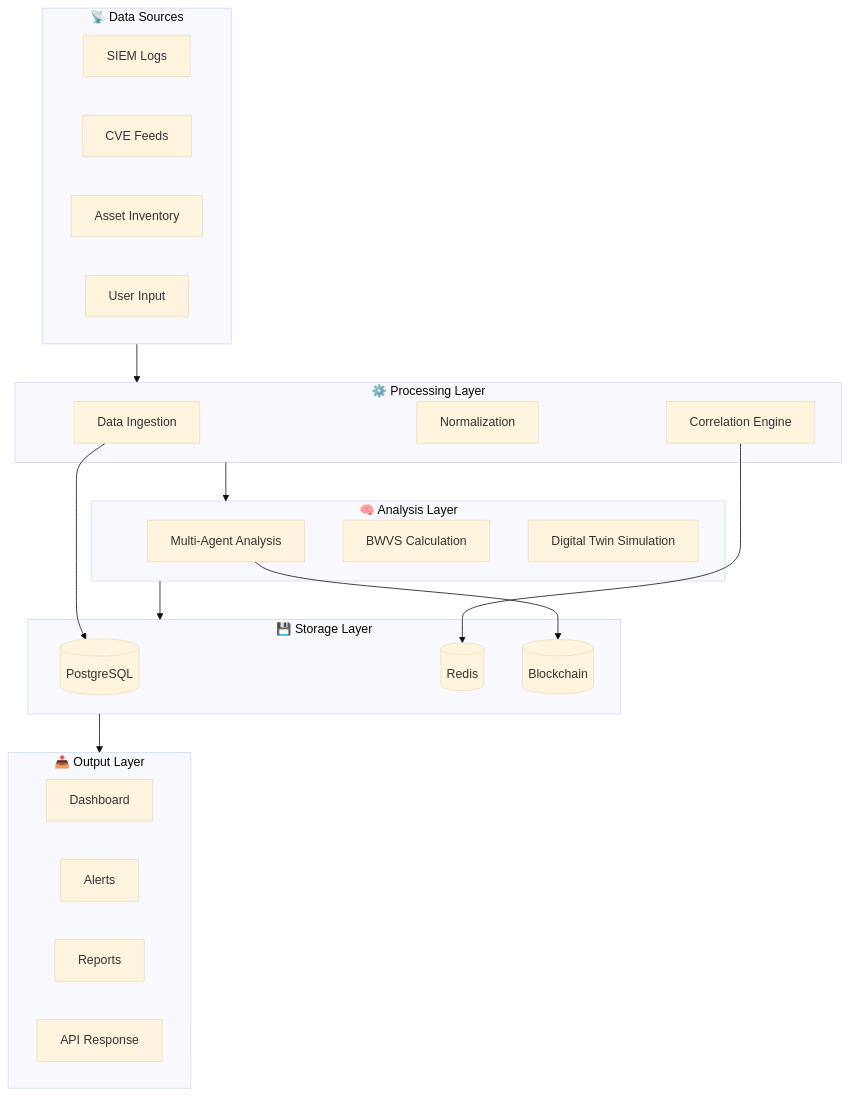
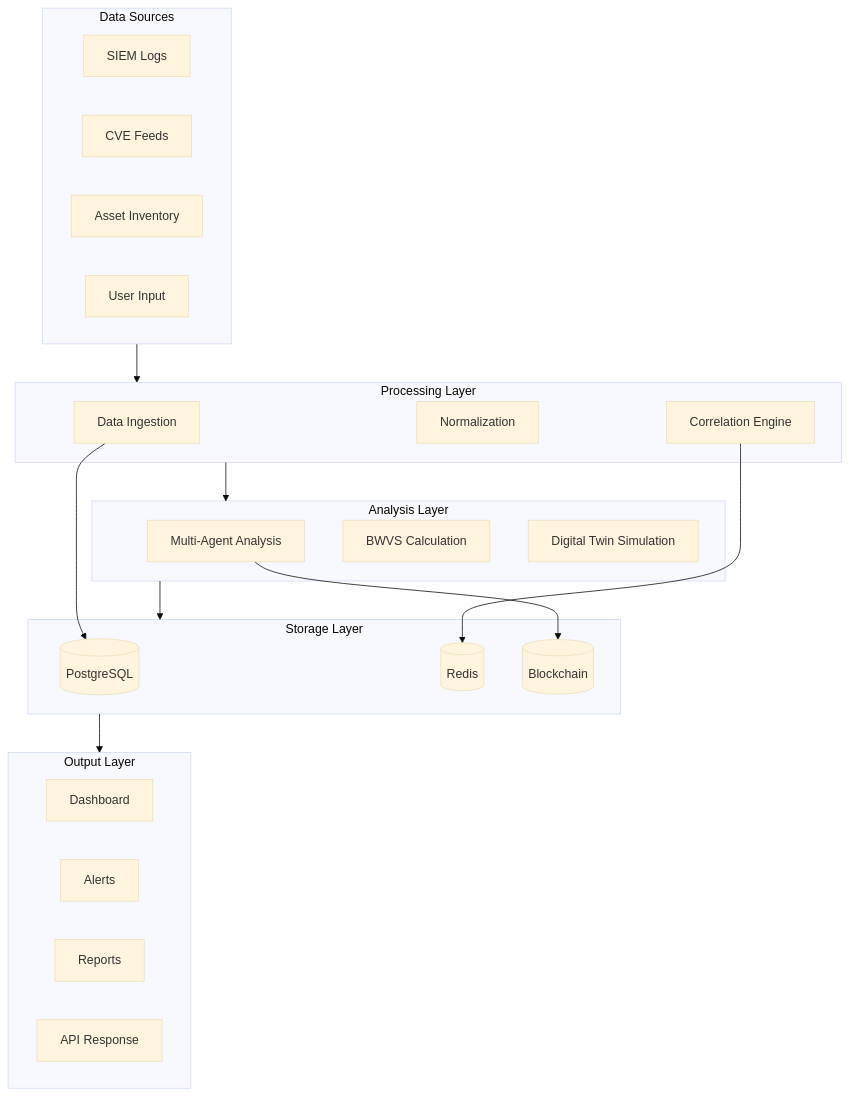
One commit to Gokul-social/Horizon_Beach_Hacks changed diagram 14 of 15 in README.md. Above: the diagram before and after it, drawn with Mermaid (base theme). The commit also changed other lines of this file, not shown here.

````diff
--- a/README.md
+++ b/README.md
@@ -562,42 +549,42 @@
 ```mermaid
 flowchart TB
-    subgraph DataSources["📡 Data Sources"]
+    subgraph DataSources["Data Sources"]
         SIEM[SIEM Logs]
         CVE_FEED[CVE Feeds]
         ASSETS[Asset Inventory]
         USER_INPUT[User Input]
     end
 
-    subgraph Processing["⚙️ Processing Layer"]
+    subgraph Processing["Processing Layer"]
         INGEST[Data Ingestion]
         NORMALIZE[Normalization]
         CORRELATE[Correlation Engine]
     end
 
-    subgraph Analysis["🧠 Analysis Layer"]
+    subgraph Analysis["Analysis Layer"]
         AGENTS[Multi-Agent Analysis]
         BWVS_CALC[BWVS Calculation]
         TWIN_SIM[Digital Twin Simulation]
     end
 
-    subgraph Storage["💾 Storage Layer"]
+    subgraph Storage["Storage Layer"]
         PG[(PostgreSQL)]
         REDIS[(Redis)]
         LEDGER[(Blockchain)]
     end
 
-    subgraph Output["📤 Output Layer"]
+    subgraph Output["Output Layer"]
         DASH[Dashboard]
         ALERTS[Alerts]
         REPORTS[Reports]
         API_OUT[API Response]
     end
 
     DataSources --> Processing --> Analysis
     Analysis --> Storage
     Storage --> Output
 
     INGEST --> PG
     CORRELATE --> REDIS
     AGENTS --> LEDGER
 ```
````
